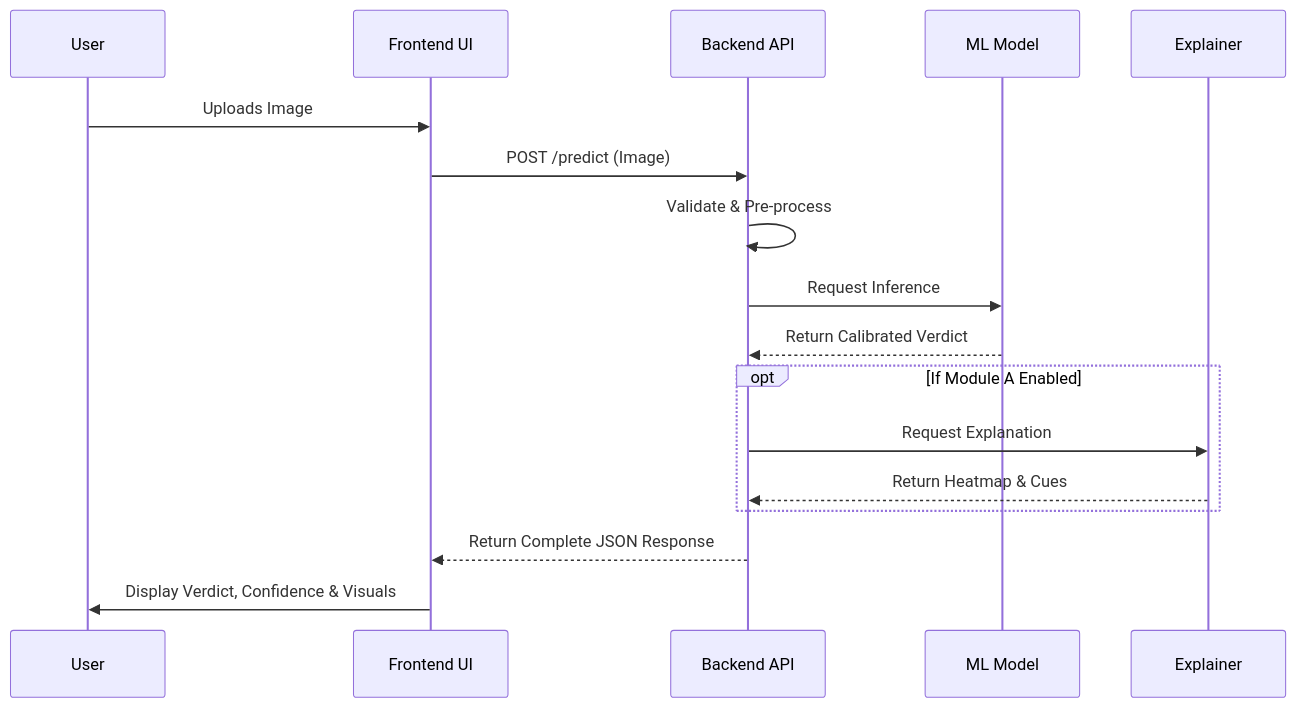
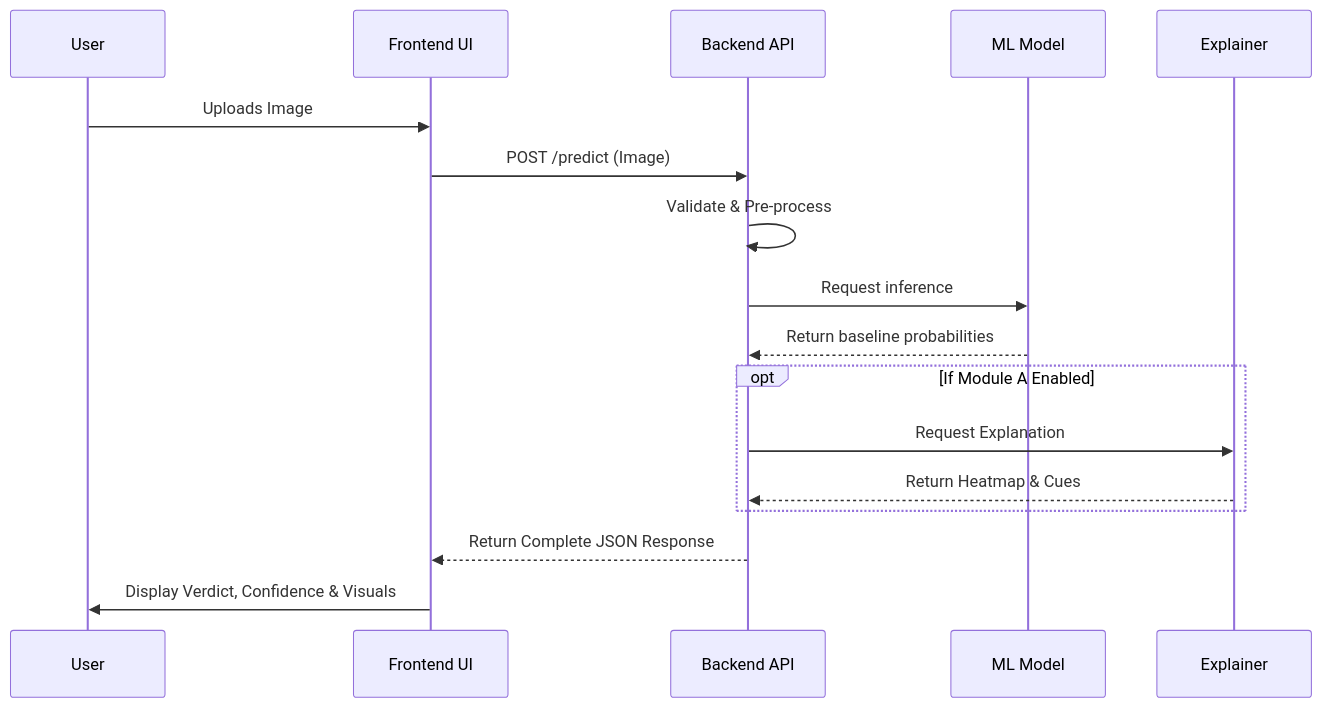
One commit to arththakkar1/signal-scope-web-app changed the diagram in doc/explanation/user-workflows.md. Above: the diagram before and after it, drawn with Mermaid. The commit also changed other lines of this file and 6 other files, not shown here.

````diff
--- a/doc/explanation/user-workflows.md
+++ b/doc/explanation/user-workflows.md
@@ -7,22 +7,22 @@
 ```mermaid
 sequenceDiagram
     participant User
     participant Frontend UI
     participant Backend API
     participant ML Model
     participant Explainer
     
     User->>Frontend UI: Uploads Image
     Frontend UI->>Backend API: POST /predict (Image)
     Backend API->>Backend API: Validate & Pre-process
-    Backend API->>ML Model: Request Inference
-    ML Model-->>Backend API: Return Calibrated Verdict
+    Backend API->>ML Model: Request inference
+    ML Model-->>Backend API: Return baseline probabilities
     
     opt If Module A Enabled
         Backend API->>Explainer: Request Explanation
         Explainer-->>Backend API: Return Heatmap & Cues
     end
     
     Backend API-->>Frontend UI: Return Complete JSON Response
     Frontend UI->>User: Display Verdict, Confidence & Visuals
 ```
````
